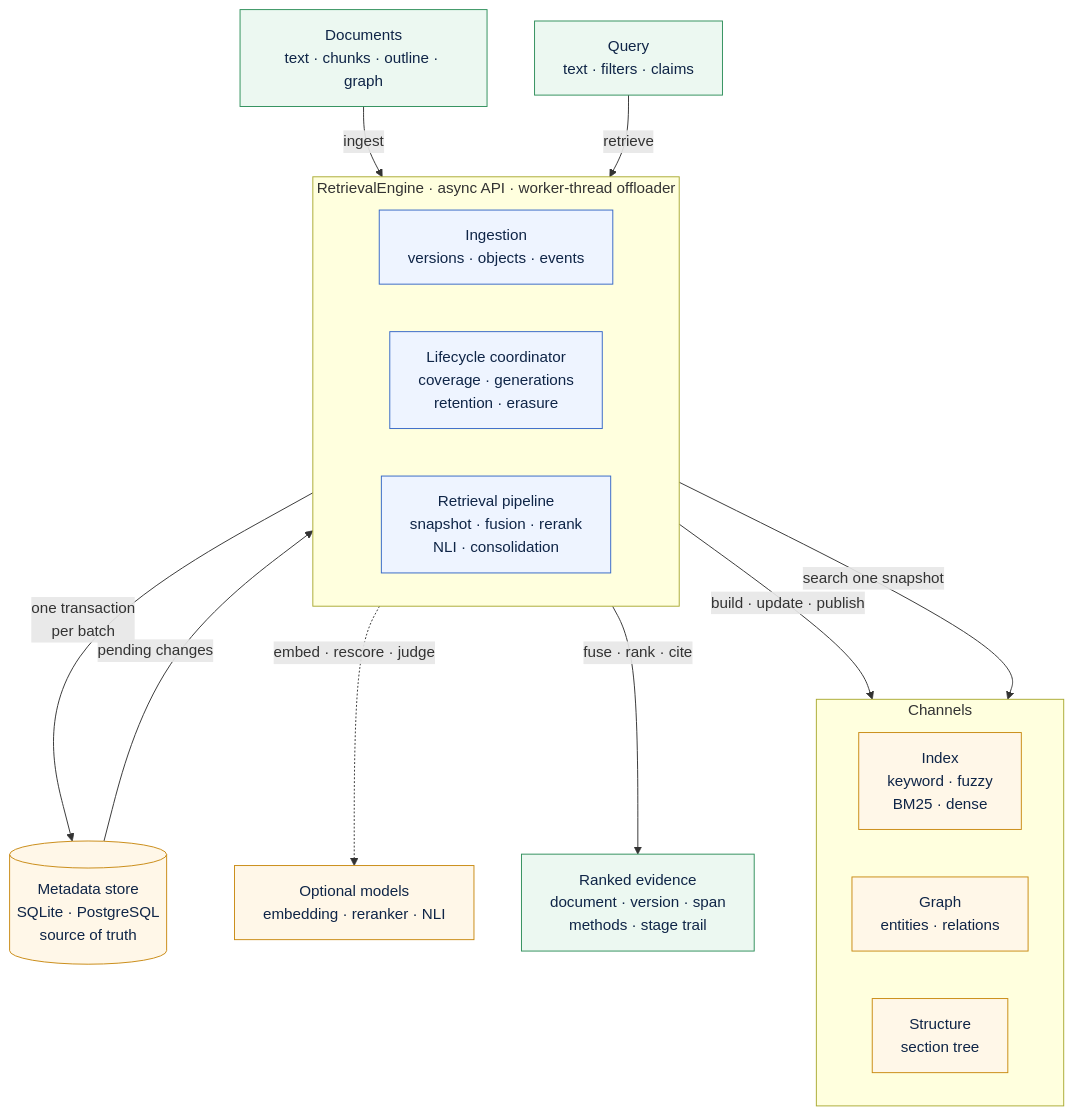
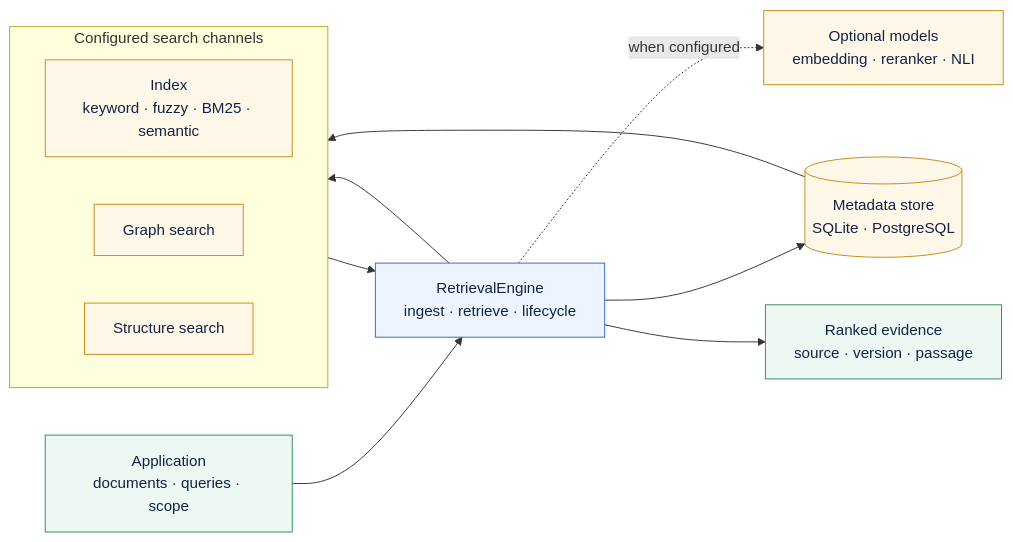
One commit to smuniharish/retrievalloom changed the diagram in diagrams/architecture-overview.mmd. Above: the diagram before and after it, drawn with Mermaid. The commit also changed 57 other files, not shown here.

```diff
--- a/diagrams/architecture-overview.mmd
+++ b/diagrams/architecture-overview.mmd
@@ -1,35 +1,27 @@
-flowchart TB
+flowchart LR
     classDef app fill:#ecf8f1,stroke:#2f8f5b,color:#0f2547
     classDef core fill:#eef4ff,stroke:#3567c7,color:#0f2547
     classDef provider fill:#fff7e8,stroke:#c98a12,color:#0f2547
 
-    documents["Documents<br/>text · chunks · outline · graph"]:::app
-    query["Query<br/>text · filters · claims"]:::app
+    app["Application<br/>documents · queries · scope"]:::app
 
-    subgraph Engine["RetrievalEngine · async API · worker-thread offloader"]
+    engine["RetrievalEngine<br/>ingest · retrieve · lifecycle"]:::core
+    store[("Metadata store<br/>SQLite · PostgreSQL")]:::provider
+
+    subgraph Channels["Configured search channels"]
         direction LR
-        ingestion["Ingestion<br/>versions · objects · events"]:::core
-        lifecycle["Lifecycle coordinator<br/>coverage · generations<br/>retention · erasure"]:::core
-        pipeline["Retrieval pipeline<br/>snapshot · fusion · rerank<br/>NLI · consolidation"]:::core
-    end
-
-    store[("Metadata store<br/>SQLite · PostgreSQL<br/>source of truth")]:::provider
-
-    subgraph Channels["Channels"]
-        direction LR
-        index["Index<br/>keyword · fuzzy<br/>BM25 · dense"]:::provider
-        graphch["Graph<br/>entities · relations"]:::provider
-        structure["Structure<br/>section tree"]:::provider
+        index["Index<br/>keyword · fuzzy · BM25 · semantic"]:::provider
+        graphch["Graph search"]:::provider
+        structure["Structure search"]:::provider
     end
 
     models["Optional models<br/>embedding · reranker · NLI"]:::provider
-    evidence["Ranked evidence<br/>document · version · span<br/>methods · stage trail"]:::app
+    evidence["Ranked evidence<br/>source · version · passage"]:::app
 
-    documents -- "ingest" --> ingestion
-    query -- "retrieve" --> pipeline
-    ingestion -- "one transaction<br/>per batch" --> store
-    store -- "pending changes" --> lifecycle
-    lifecycle -- "build · update · publish" --> Channels
-    pipeline -- "search one snapshot" --> Channels
-    pipeline -. "embed · rescore · judge" .-> models
-    pipeline -- "fuse · rank · cite" --> evidence
+    app --> engine
+    engine --> store
+    store --> Channels
+    engine --> Channels
+    engine -. "when configured" .-> models
+    Channels --> engine
+    engine --> evidence
```
